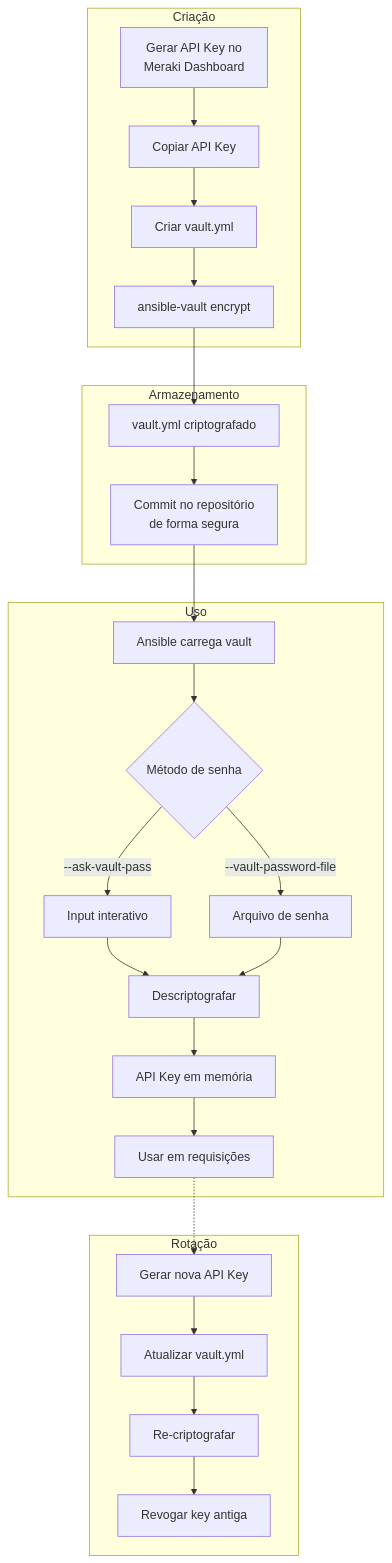
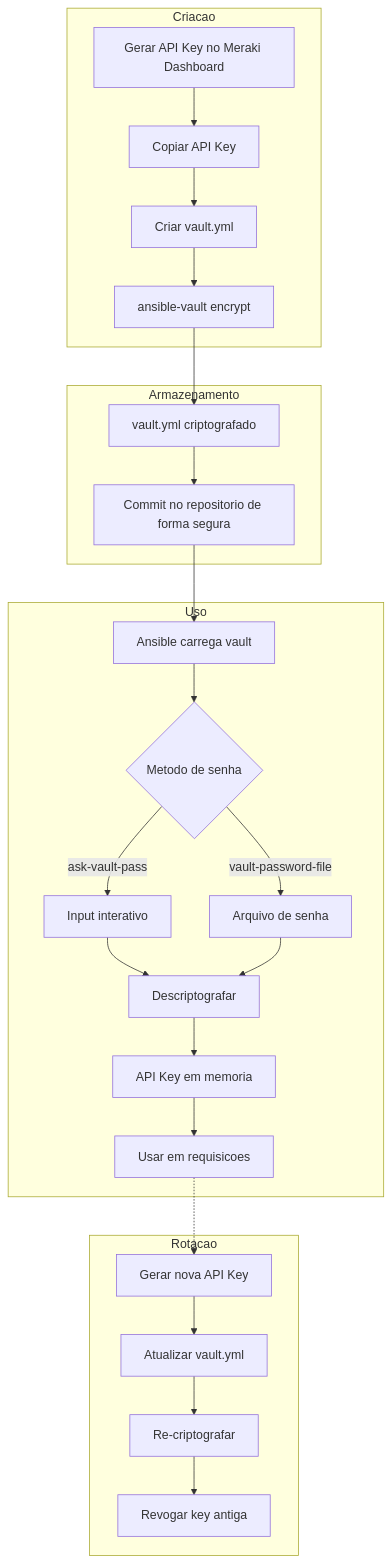
The tenth of 13 diagrams in docs/system-modeling.md (rodrigo-freitas-com/meraki-ansible), drawn with Mermaid before and after one commit. The commit also changed other lines of this file, not shown here.

````diff
--- a/docs/system-modeling.md
+++ b/docs/system-modeling.md
@@ -375,32 +374,32 @@
 ```mermaid
 flowchart TD
-    subgraph "Criação"
-        A[Gerar API Key no<br/>Meraki Dashboard] --> B[Copiar API Key]
+    subgraph Criacao[Criacao]
+        A[Gerar API Key no Meraki Dashboard] --> B[Copiar API Key]
         B --> C[Criar vault.yml]
         C --> D[ansible-vault encrypt]
     end
 
-    subgraph "Armazenamento"
+    subgraph Armazenamento[Armazenamento]
         D --> E[vault.yml criptografado]
-        E --> F[Commit no repositório<br/>de forma segura]
+        E --> F[Commit no repositorio de forma segura]
     end
 
-    subgraph "Uso"
+    subgraph Uso[Uso]
         F --> G[Ansible carrega vault]
-        G --> H{Método de senha}
-        H -->|--ask-vault-pass| I[Input interativo]
-        H -->|--vault-password-file| J[Arquivo de senha]
+        G --> H{Metodo de senha}
+        H -->|ask-vault-pass| I[Input interativo]
+        H -->|vault-password-file| J[Arquivo de senha]
         I --> K[Descriptografar]
         J --> K
-        K --> L[API Key em memória]
-        L --> M[Usar em requisições]
+        K --> L[API Key em memoria]
+        L --> M[Usar em requisicoes]
     end
 
-    subgraph "Rotação"
+    subgraph Rotacao[Rotacao]
         N[Gerar nova API Key] --> O[Atualizar vault.yml]
         O --> P[Re-criptografar]
         P --> Q[Revogar key antiga]
     end
 
     M -.-> N
 ```
````
